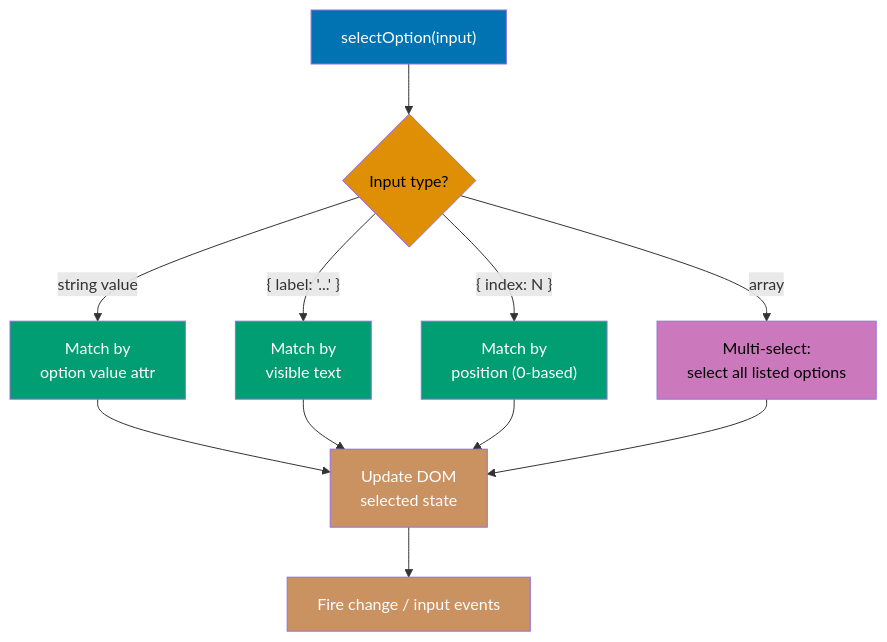
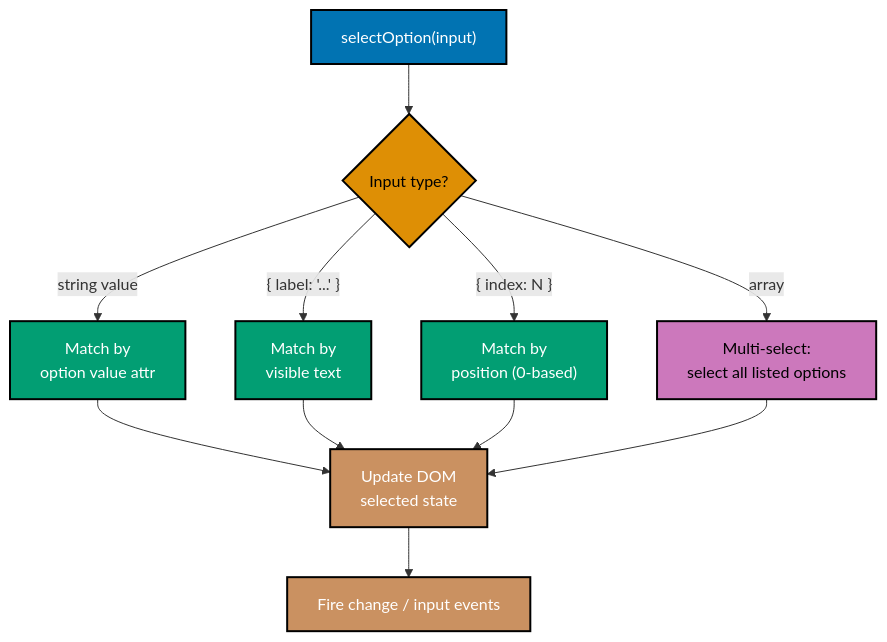
Before and after one commit to wahidyankf/open-sharia-enterprise: diagram 12 of 15 in apps/ayokoding-web/content/en/learn/software-engineering/automation-testing/tools/playwright/by-example/beginner.md, drawn with Mermaid. The commit also changed other lines of this file and 25 other files, not shown here.

````diff
--- a/apps/ayokoding-web/content/en/learn/software-engineering/automation-testing/tools/playwright/by-example/beginner.md
+++ b/apps/ayokoding-web/content/en/learn/software-engineering/automation-testing/tools/playwright/by-example/beginner.md
@@ -1422,23 +1422,23 @@
 ```mermaid
 %% Color Palette: Blue #0173B2, Orange #DE8F05, Teal #029E73, Purple #CC78BC, Brown #CA9161
 graph TD
     Call["selectOption(input)"] --> Type{"Input type?"}
     Type -->|"string value"| ByVal["Match by<br/>option value attr"]
     Type -->|"{ label: '...' }"| ByLabel["Match by<br/>visible text"]
     Type -->|"{ index: N }"| ByIdx["Match by<br/>position (0-based)"]
     Type -->|"array"| Multi["Multi-select:<br/>select all listed options"]
     ByVal --> DOM["Update DOM<br/>selected state"]
     ByLabel --> DOM
     ByIdx --> DOM
     Multi --> DOM
     DOM --> Events["Fire change / input events"]
 
-    style Call fill:#0173B2,color:#fff
-    style Type fill:#DE8F05,color:#000
-    style ByVal fill:#029E73,color:#fff
-    style ByLabel fill:#029E73,color:#fff
-    style ByIdx fill:#029E73,color:#fff
-    style Multi fill:#CC78BC,color:#000
-    style DOM fill:#CA9161,color:#fff
-    style Events fill:#CA9161,color:#fff
+    style Call fill:#0173B2,stroke:#000000,stroke-width:2px,color:#fff
+    style Type fill:#DE8F05,stroke:#000000,stroke-width:2px,color:#000
+    style ByVal fill:#029E73,stroke:#000000,stroke-width:2px,color:#fff
+    style ByLabel fill:#029E73,stroke:#000000,stroke-width:2px,color:#fff
+    style ByIdx fill:#029E73,stroke:#000000,stroke-width:2px,color:#fff
+    style Multi fill:#CC78BC,stroke:#000000,stroke-width:2px,color:#000
+    style DOM fill:#CA9161,stroke:#000000,stroke-width:2px,color:#fff
+    style Events fill:#CA9161,stroke:#000000,stroke-width:2px,color:#fff
 ```
````
